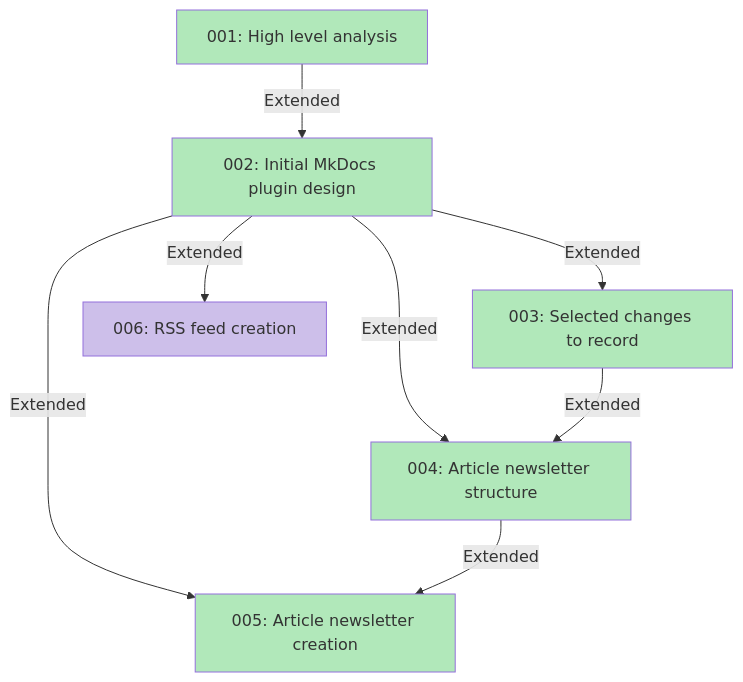
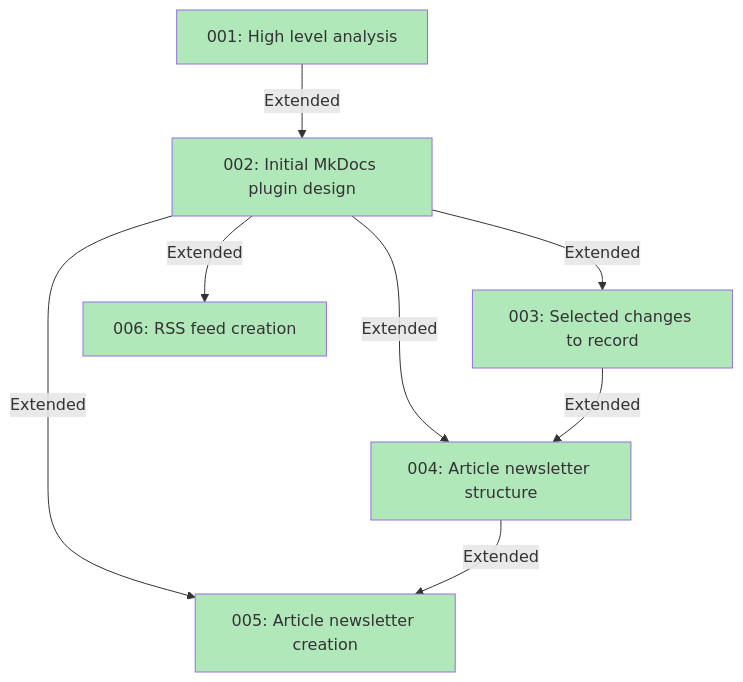
The diagram in docs/adr/adr.md (lyz-code/mkdocs-newsletter), drawn with Mermaid before and after one commit. The commit also changed 1 other file, not shown here.

Commit message:
docs: promote ADR 006 to accepted

````diff
--- a/docs/adr/adr.md
+++ b/docs/adr/adr.md
@@ -5,38 +5,38 @@
 ```mermaid
 graph TD
     001[001: High level analysis]
     002[002: Initial MkDocs plugin design]
     003[003: Selected changes to record]
     004[004: Article newsletter structure]
     005[005: Article newsletter creation]
     006[006: RSS feed creation]
 
     001 -- Extended --> 002
     002 -- Extended --> 003
     002 -- Extended --> 004
     002 -- Extended --> 005
     002 -- Extended --> 006
     003 -- Extended --> 004
     004 -- Extended --> 005
 
     click 001 "https://lyz-code.github.io/mkdocs-newsletter/adr/001-initial_approach" _blank
     click 002 "https://lyz-code.github.io/mkdocs-newsletter/adr/002-initial_plugin_design" _blank
     click 003 "https://lyz-code.github.io/mkdocs-newsletter/adr/003-select_the_changes_to_record" _blank
     click 004 "https://lyz-code.github.io/mkdocs-newsletter/adr/004-article_newsletter_structure" _blank
     click 005 "https://lyz-code.github.io/mkdocs-newsletter/adr/005-create_the_newsletter_articles" _blank
     click 006 "https://lyz-code.github.io/mkdocs-newsletter/adr/006-rss_feed_creation" _blank
 
     001:::accepted
     002:::accepted
     003:::accepted
     004:::accepted
     005:::accepted
-    006:::draft
+    006:::accepted
 
     classDef draft fill:#CDBFEA;
     classDef proposed fill:#B1CCE8;
     classDef accepted fill:#B1E8BA;
     classDef rejected fill:#E8B1B1;
     classDef deprecated fill:#E8B1B1;
     classDef superseeded fill:#E8E5B1;
 ```
````
